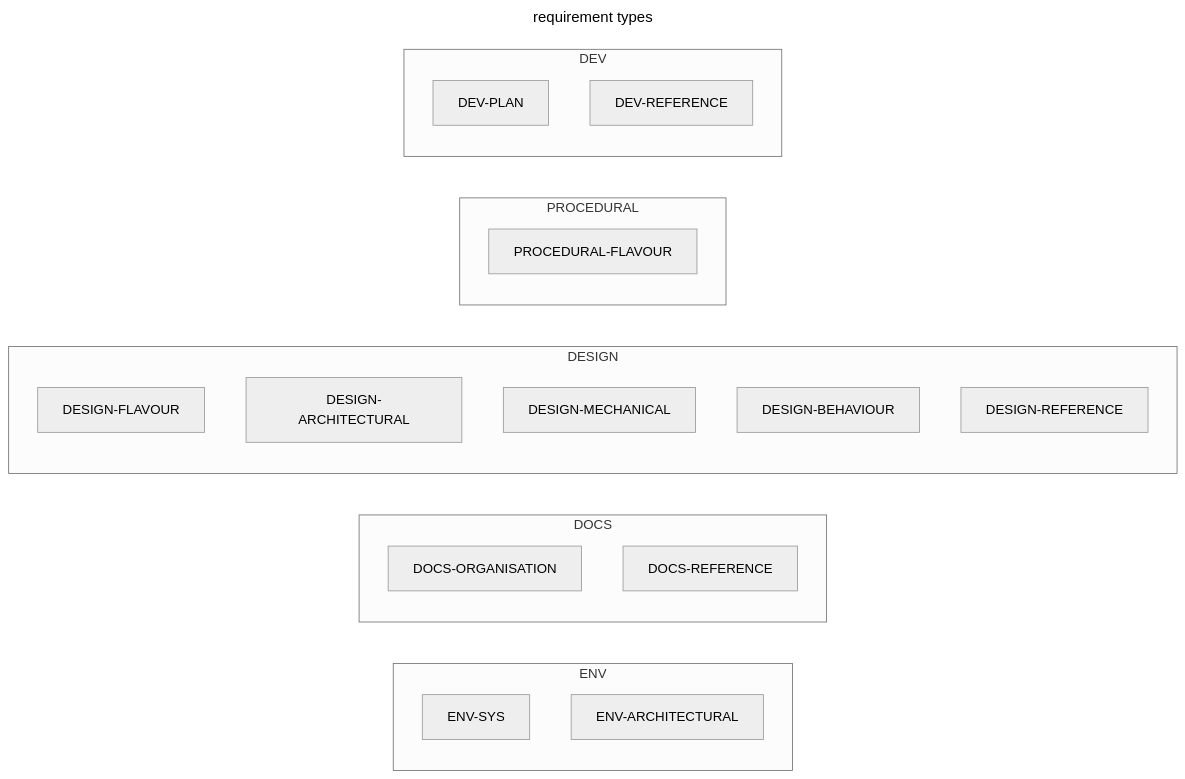
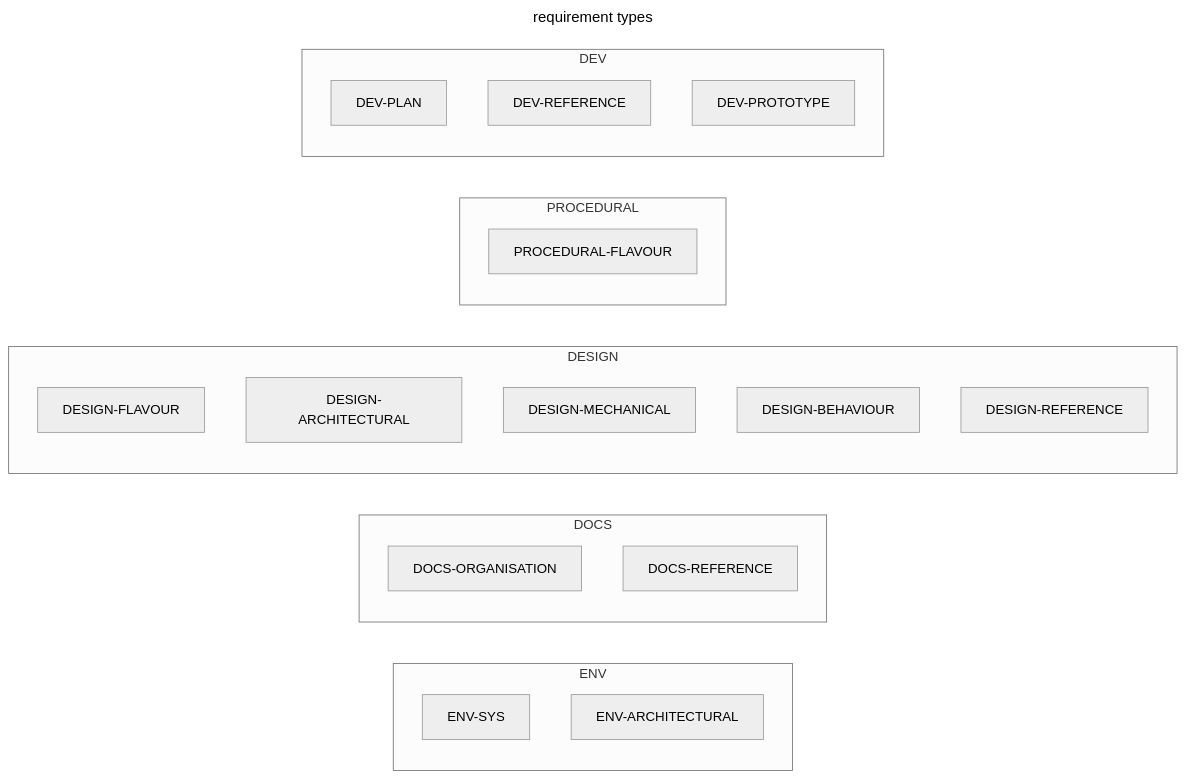
One commit to corbeau217/cpp_opengl_vehicles changed diagram 28 of 32 in docs/docs_02_requirements.md. Above: the diagram before and after it, drawn with Mermaid (neutral theme). The commit also changed other lines of this file and 2 other files, not shown here.

````diff
--- a/docs/docs_02_requirements.md
+++ b/docs/docs_02_requirements.md
@@ -1017,28 +1077,29 @@
 ```mermaid
 ---
 title: requirement types
 ---
 flowchart LR
     subgraph ENV
     ENVSYS[ENV-SYS]
     ENVARCHITECTURAL[ENV-ARCHITECTURAL]
     end
     subgraph DOCS
     DOCSORGANISATION[DOCS-ORGANISATION]
     DOCSREFERENCE[DOCS-REFERENCE]
     end
     subgraph DESIGN
     DESIGNFLAVOUR[DESIGN-FLAVOUR]
     DESIGNARCHITECTURAL[DESIGN-ARCHITECTURAL]
     DESIGNMECHANICAL[DESIGN-MECHANICAL]
     DESIGNBEHAVIOUR[DESIGN-BEHAVIOUR]
     DESIGNREFERENCE[DESIGN-REFERENCE]
     end
     subgraph PROCEDURAL
     PROCEDURALFLAVOUR[PROCEDURAL-FLAVOUR]
     end
     subgraph DEV
     DEVPLAN[DEV-PLAN]
     DEVREFERENCE[DEV-REFERENCE]
+    DEVPROTOTYPE[DEV-PROTOTYPE]
     end
 ```
````
